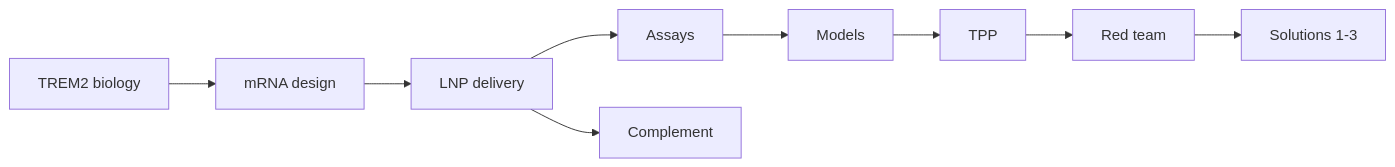
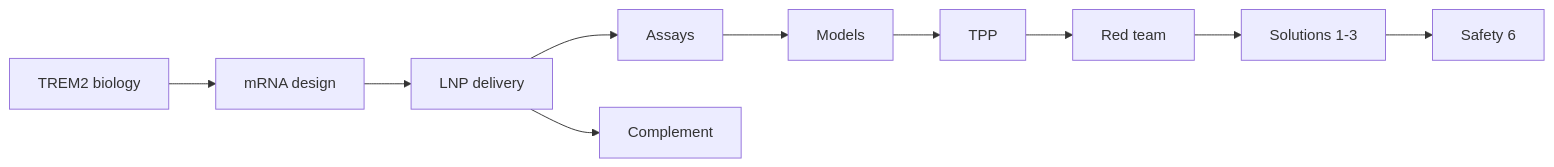
The diagram in science/README.md (CosmicCEO/novellum), drawn with Mermaid before and after one commit. The commit also changed other lines of this file, not shown here.

Commit message:
Index safety deep-dive

````diff
--- a/science/README.md
+++ b/science/README.md
@@ -7,11 +7,12 @@
 ```mermaid
 flowchart LR
   B[TREM2 biology] --> M[mRNA design]
   M --> D[LNP delivery]
   D --> A[Assays]
   A --> Mod[Models]
   Mod --> T[TPP]
   D --> C[Complement]
   T --> R[Red team]
   R --> S[Solutions 1-3]
+  S --> Saf[Safety 6]
 ```
````
